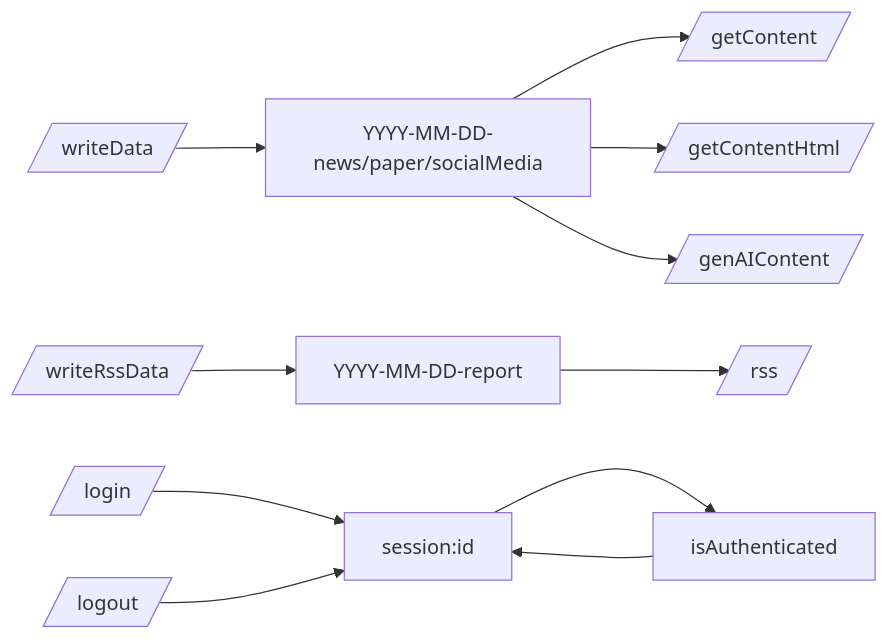
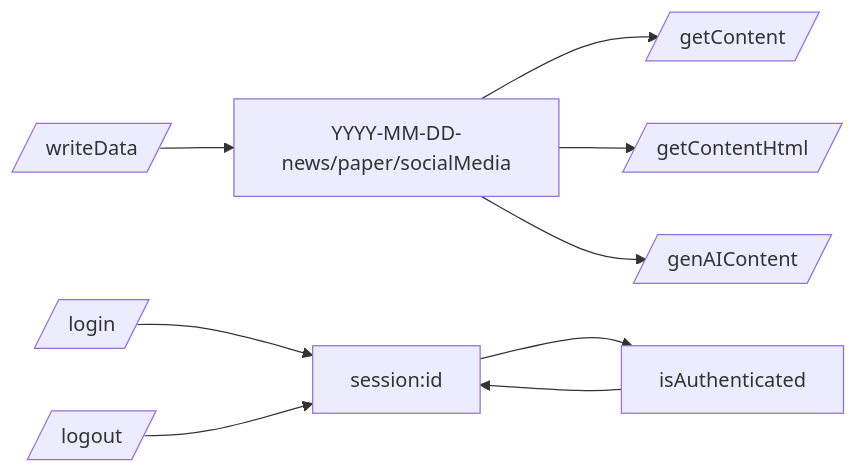
The second of 2 diagrams in docs/KV_KEYS.md (wenson/CloudFlare-AI-Insight-Daily), drawn with Mermaid before and after one commit. The commit also changed other lines of this file and 19 other files, not shown here.

````diff
--- a/docs/KV_KEYS.md
+++ b/docs/KV_KEYS.md
@@ -205,15 +130,12 @@
 ```mermaid
 flowchart LR
     A[/writeData/] --> B[YYYY-MM-DD-news/paper/socialMedia]
     B --> C[/getContent/]
     B --> D[/getContentHtml/]
     B --> E[/genAIContent/]
 
-    F[/writeRssData/] --> G[YYYY-MM-DD-report]
-    G --> H[/rss/]
-
-    I[/login/] --> J[session:id]
-    J --> K[isAuthenticated]
-    K --> J
-    L[/logout/] --> J
+    F[/login/] --> G[session:id]
+    G --> H[isAuthenticated]
+    H --> G
+    I[/logout/] --> G
 ```
````
